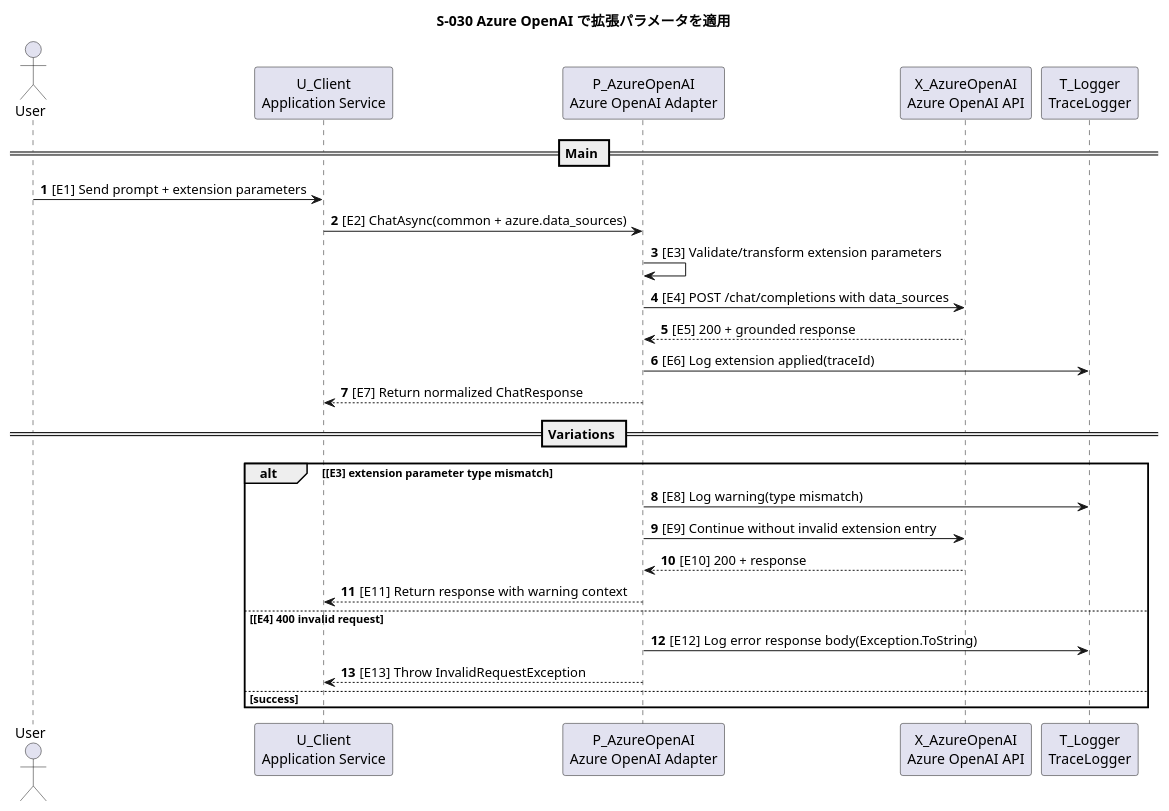
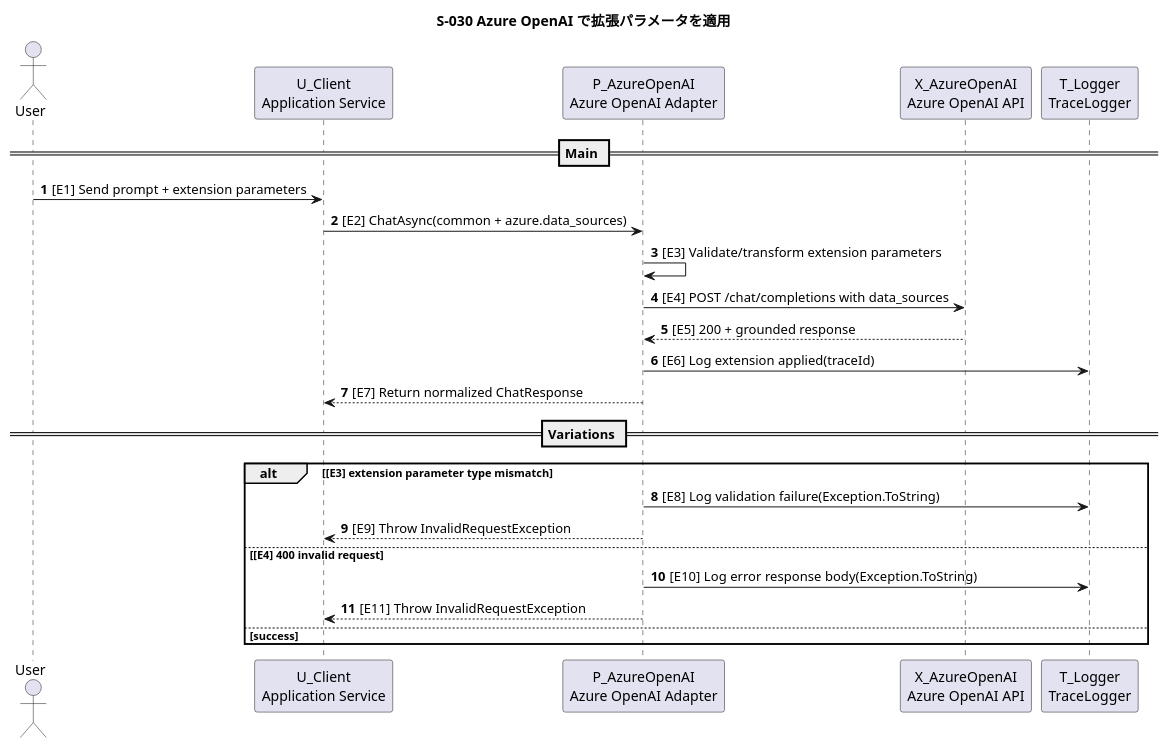
The third of 7 diagrams in specs/002-meai-multi-provider/runtime-evidence.md (suusanex/meai_utility_impl), drawn with PlantUML before and after one commit. The commit also changed other lines of this file and 7 other files, not shown here.

````diff
--- a/specs/002-meai-multi-provider/runtime-evidence.md
+++ b/specs/002-meai-multi-provider/runtime-evidence.md
@@ -101,35 +101,33 @@
 ```plantuml
 @startuml
 title S-030 Azure OpenAI で拡張パラメータを適用
 
 actor "User" as User
 participant "U_Client\nApplication Service" as U_Client
 participant "P_AzureOpenAI\nAzure OpenAI Adapter" as P_AzureOpenAI
 participant "X_AzureOpenAI\nAzure OpenAI API" as X_AzureOpenAI
 participant "T_Logger\nTraceLogger" as T_Logger
 
 autonumber
 
 == Main ==
 User -> U_Client : [E1] Send prompt + extension parameters
 U_Client -> P_AzureOpenAI : [E2] ChatAsync(common + azure.data_sources)
 P_AzureOpenAI -> P_AzureOpenAI : [E3] Validate/transform extension parameters
 P_AzureOpenAI -> X_AzureOpenAI : [E4] POST /chat/completions with data_sources
 X_AzureOpenAI --> P_AzureOpenAI : [E5] 200 + grounded response
 P_AzureOpenAI -> T_Logger : [E6] Log extension applied(traceId)
 P_AzureOpenAI --> U_Client : [E7] Return normalized ChatResponse
 
 == Variations ==
 alt [E3] extension parameter type mismatch
-  P_AzureOpenAI -> T_Logger : [E8] Log warning(type mismatch)
-  P_AzureOpenAI -> X_AzureOpenAI : [E9] Continue without invalid extension entry
-  X_AzureOpenAI --> P_AzureOpenAI : [E10] 200 + response
-  P_AzureOpenAI --> U_Client : [E11] Return response with warning context
+  P_AzureOpenAI -> T_Logger : [E8] Log validation failure(Exception.ToString)
+  P_AzureOpenAI --> U_Client : [E9] Throw InvalidRequestException
 else [E4] 400 invalid request
-  P_AzureOpenAI -> T_Logger : [E12] Log error response body(Exception.ToString)
-  P_AzureOpenAI --> U_Client : [E13] Throw InvalidRequestException
+  P_AzureOpenAI -> T_Logger : [E10] Log error response body(Exception.ToString)
+  P_AzureOpenAI --> U_Client : [E11] Throw InvalidRequestException
 else success
 end
 
 @enduml
 ```
````
